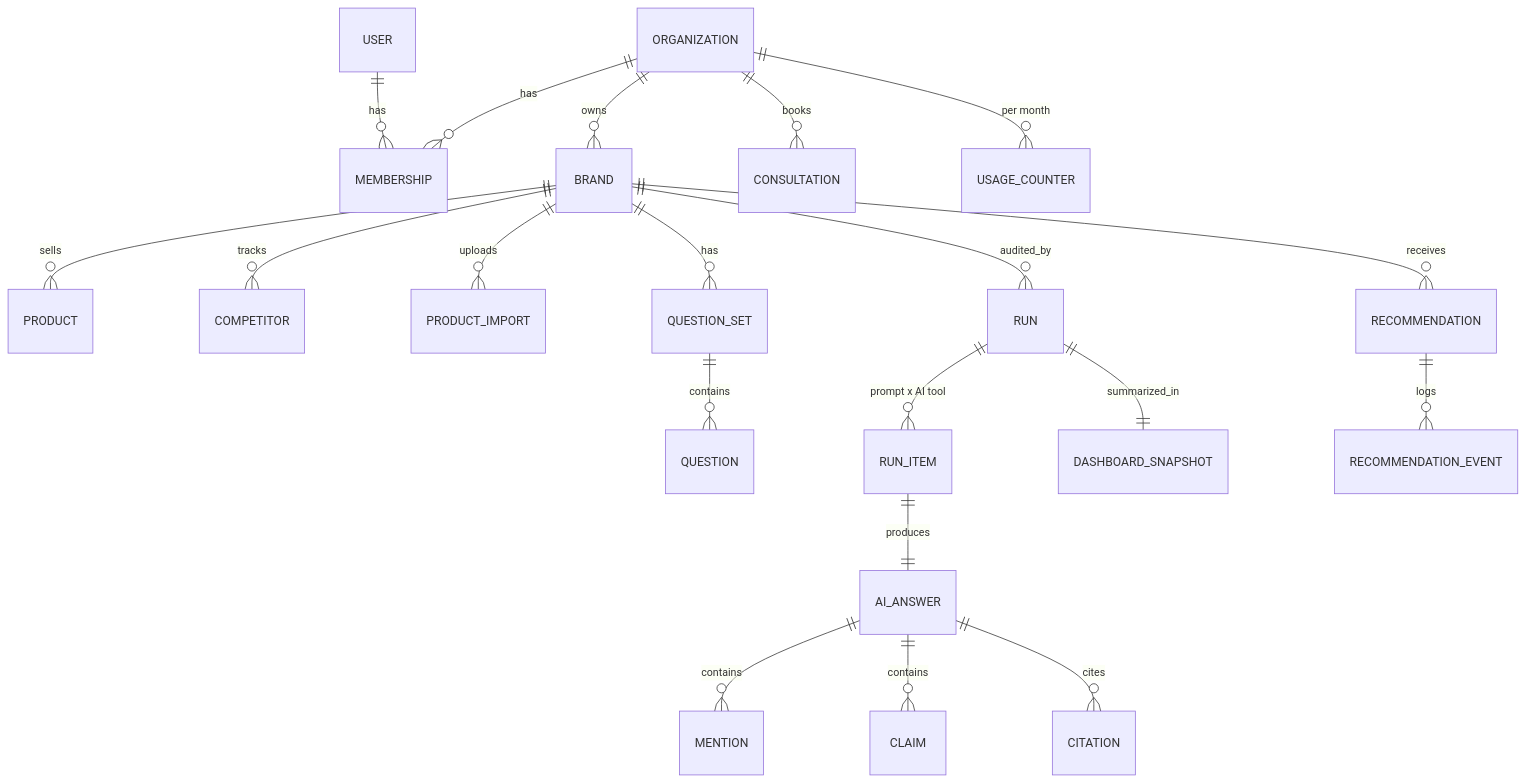
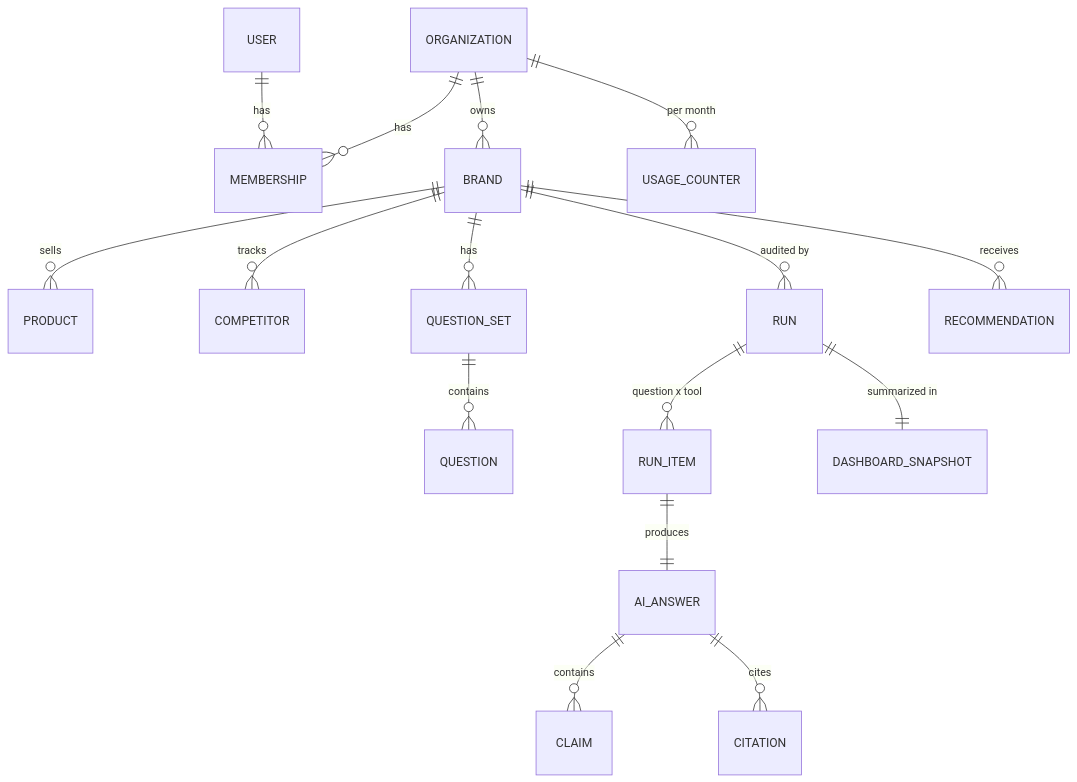
Before and after one commit to yangel20/LH_TECH_09302026: the third of 3 diagrams in docs/ARCHITECTURE.md, drawn with Mermaid. The commit also changed other lines of this file and 2 other files, not shown here.

First line of the commit message:
docs: explain how Nexo is different; condense architecture and wireframes

````diff
--- a/docs/ARCHITECTURE.md
+++ b/docs/ARCHITECTURE.md
@@ -232,22 +105,18 @@
 ```mermaid
 erDiagram
   ORGANIZATION ||--o{ MEMBERSHIP : has
   USER ||--o{ MEMBERSHIP : has
   ORGANIZATION ||--o{ BRAND : owns
   BRAND ||--o{ PRODUCT : sells
   BRAND ||--o{ COMPETITOR : tracks
-  BRAND ||--o{ PRODUCT_IMPORT : uploads
   BRAND ||--o{ QUESTION_SET : has
   QUESTION_SET ||--o{ QUESTION : contains
-  BRAND ||--o{ RUN : audited_by
-  RUN ||--o{ RUN_ITEM : "prompt x AI tool"
+  BRAND ||--o{ RUN : "audited by"
+  RUN ||--o{ RUN_ITEM : "question x tool"
   RUN_ITEM ||--|| AI_ANSWER : produces
-  AI_ANSWER ||--o{ MENTION : contains
   AI_ANSWER ||--o{ CLAIM : contains
   AI_ANSWER ||--o{ CITATION : cites
-  RUN ||--|| DASHBOARD_SNAPSHOT : summarized_in
+  RUN ||--|| DASHBOARD_SNAPSHOT : "summarized in"
   BRAND ||--o{ RECOMMENDATION : receives
-  RECOMMENDATION ||--o{ RECOMMENDATION_EVENT : logs
-  ORGANIZATION ||--o{ CONSULTATION : books
   ORGANIZATION ||--o{ USAGE_COUNTER : "per month"
 ```
````
